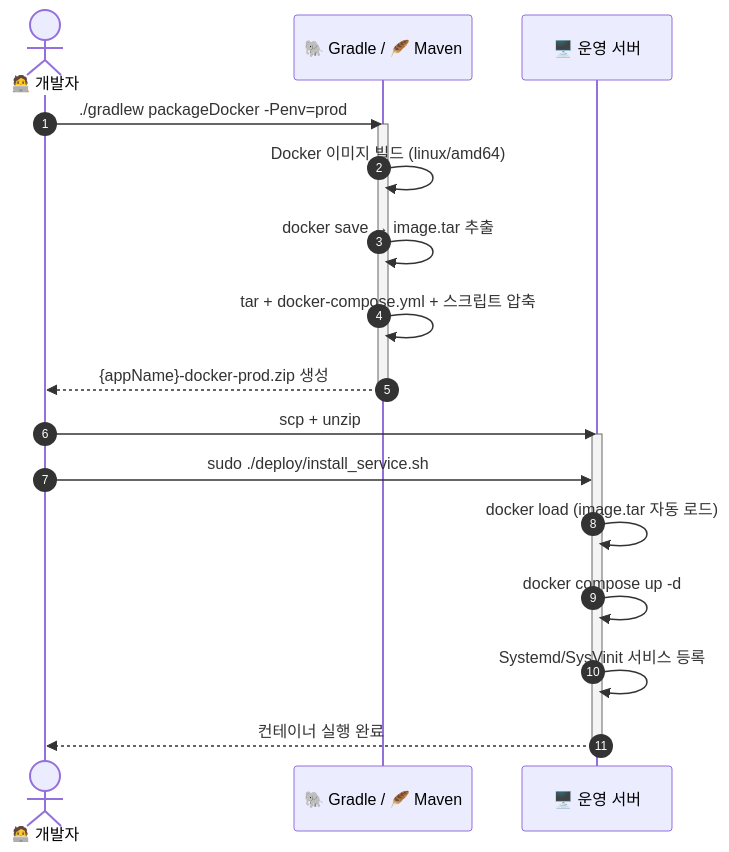
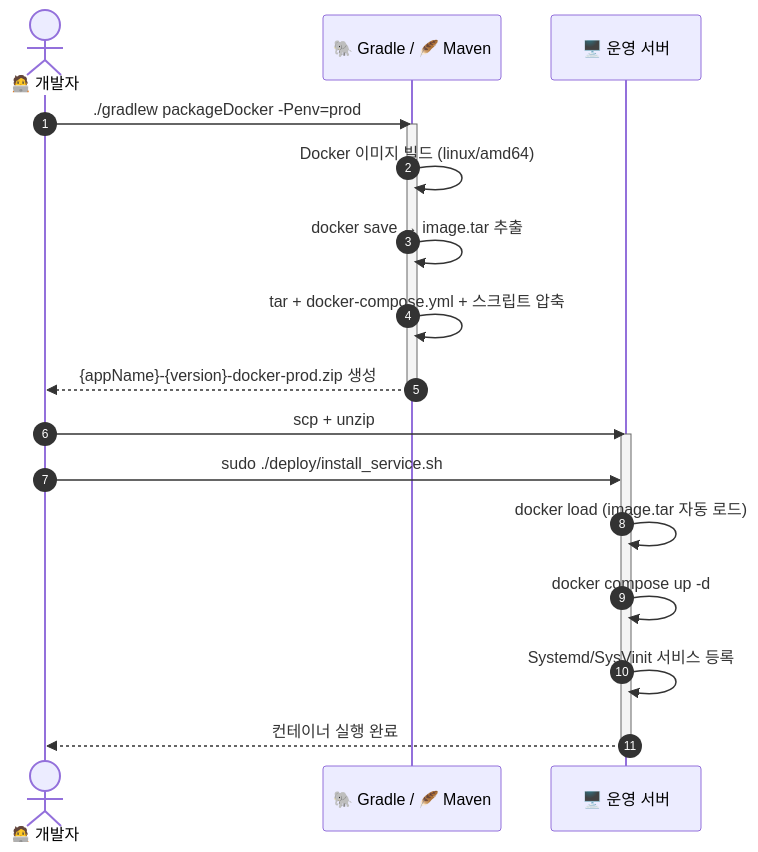
One commit to MJ-Youn/build-template changed the third of 4 diagrams in DEVELOPER_GUIDE.md. Above: the diagram before and after it, drawn with Mermaid. The commit also changed other lines of this file and 19 other files, not shown here.

````diff
--- a/DEVELOPER_GUIDE.md
+++ b/DEVELOPER_GUIDE.md
@@ -470,24 +470,24 @@
 ```mermaid
 sequenceDiagram
     autonumber
     actor Dev as 🧑‍💻 개발자
     participant Gradle as 🐘 Gradle / 🪶 Maven
     participant Server as 🖥️ 운영 서버
 
     Dev->>Gradle: ./gradlew packageDocker -Penv=prod
     activate Gradle
     Gradle->>Gradle: Docker 이미지 빌드 (linux/amd64)
     Gradle->>Gradle: docker save → image.tar 추출
     Gradle->>Gradle: tar + docker-compose.yml + 스크립트 압축
-    Gradle-->>Dev: {appName}-docker-prod.zip 생성
+    Gradle-->>Dev: {appName}-{version}-docker-prod.zip 생성
     deactivate Gradle
 
     Dev->>Server: scp + unzip
     activate Server
     Dev->>Server: sudo ./deploy/install_service.sh
     Server->>Server: docker load (image.tar 자동 로드)
     Server->>Server: docker compose up -d
     Server->>Server: Systemd/SysVinit 서비스 등록
     Server-->>Dev: 컨테이너 실행 완료
     deactivate Server
 ```
````
